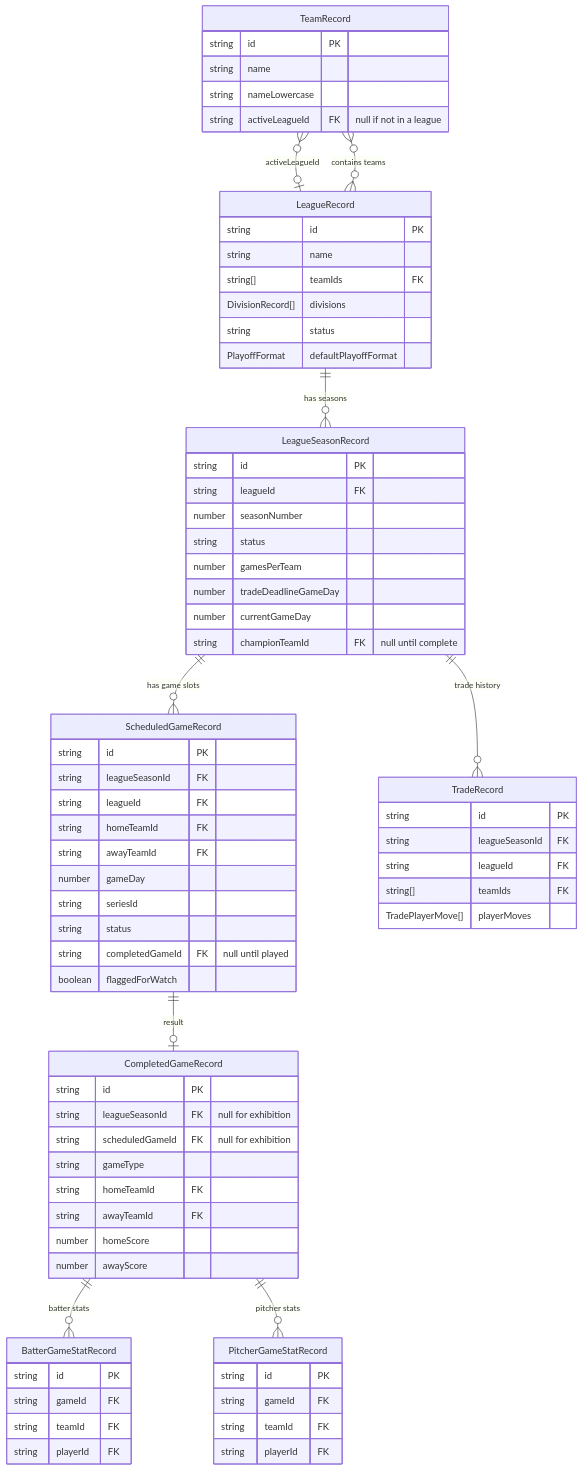
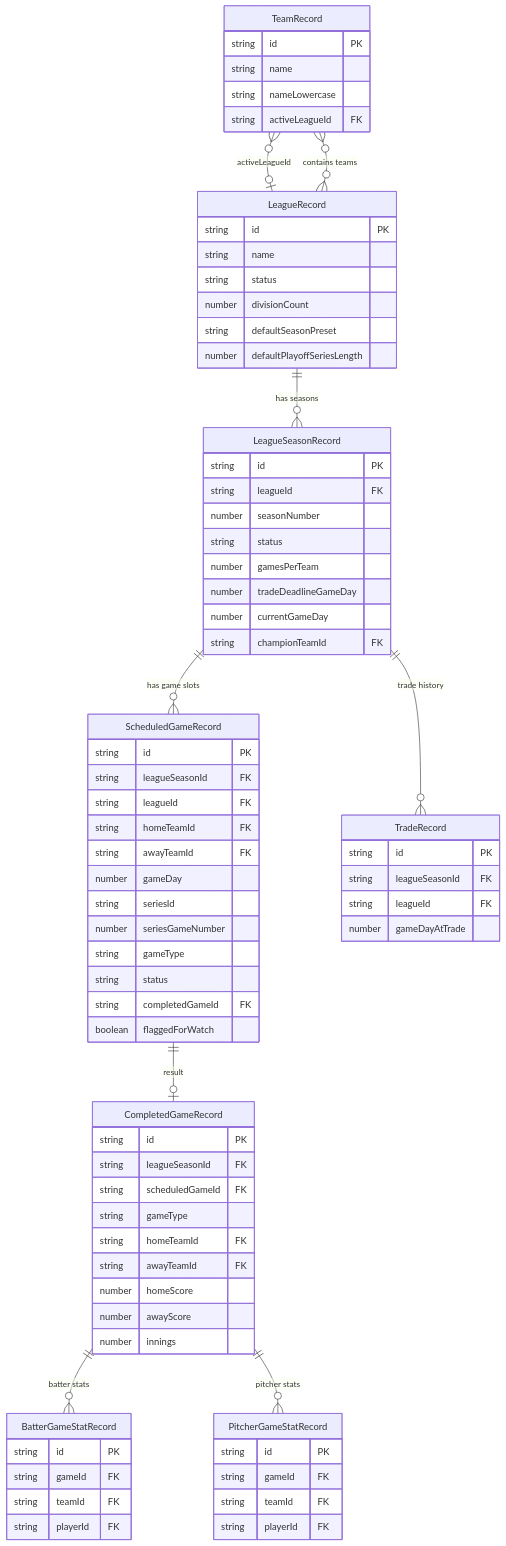
One commit to maniator/blipit-legends changed the diagram in docs/league-mode/data-model.md. Above: the diagram before and after it, drawn with Mermaid. The commit also changed other lines of this file and 7 other files, not shown here.

First line of the commit message:
docs: epoch bump decision, schedule algorithm, fix all Mermaid diagrams

```diff
--- a/docs/league-mode/data-model.md
+++ b/docs/league-mode/data-model.md
@@ -622,16 +576,16 @@
         string id PK
         string name
         string nameLowercase
-        string activeLeagueId FK "null if not in a league"
+        string activeLeagueId FK
     }
 
     LeagueRecord {
         string id PK
         string name
-        string[] teamIds FK
-        DivisionRecord[] divisions
         string status
-        PlayoffFormat defaultPlayoffFormat
+        number divisionCount
+        string defaultSeasonPreset
+        number defaultPlayoffSeriesLength
     }
 
     LeagueSeasonRecord {
@@ -642,7 +596,7 @@
         number gamesPerTeam
         number tradeDeadlineGameDay
         number currentGameDay
-        string championTeamId FK "null until complete"
+        string championTeamId FK
     }
 
     ScheduledGameRecord {
@@ -653,28 +607,30 @@
         string awayTeamId FK
         number gameDay
         string seriesId
+        number seriesGameNumber
+        string gameType
         string status
-        string completedGameId FK "null until played"
+        string completedGameId FK
         boolean flaggedForWatch
     }
 
     CompletedGameRecord {
         string id PK
-        string leagueSeasonId FK "null for exhibition"
-        string scheduledGameId FK "null for exhibition"
+        string leagueSeasonId FK
+        string scheduledGameId FK
         string gameType
         string homeTeamId FK
         string awayTeamId FK
         number homeScore
         number awayScore
+        number innings
     }
 
     TradeRecord {
         string id PK
         string leagueSeasonId FK
         string leagueId FK
-        string[] teamIds FK
-        TradePlayerMove[] playerMoves
+        number gameDayAtTrade
     }
 
     BatterGameStatRecord {
```
